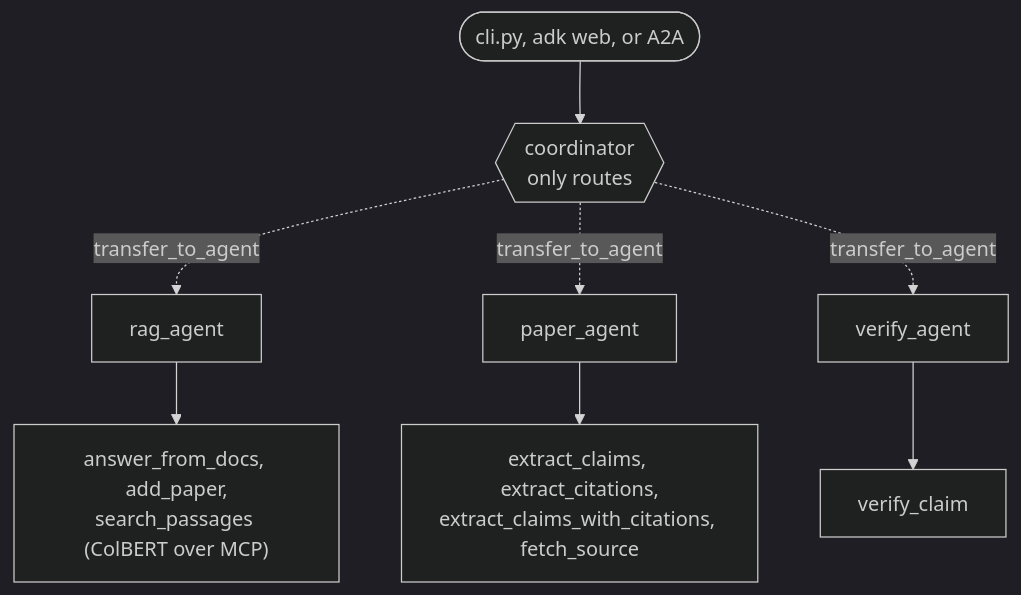
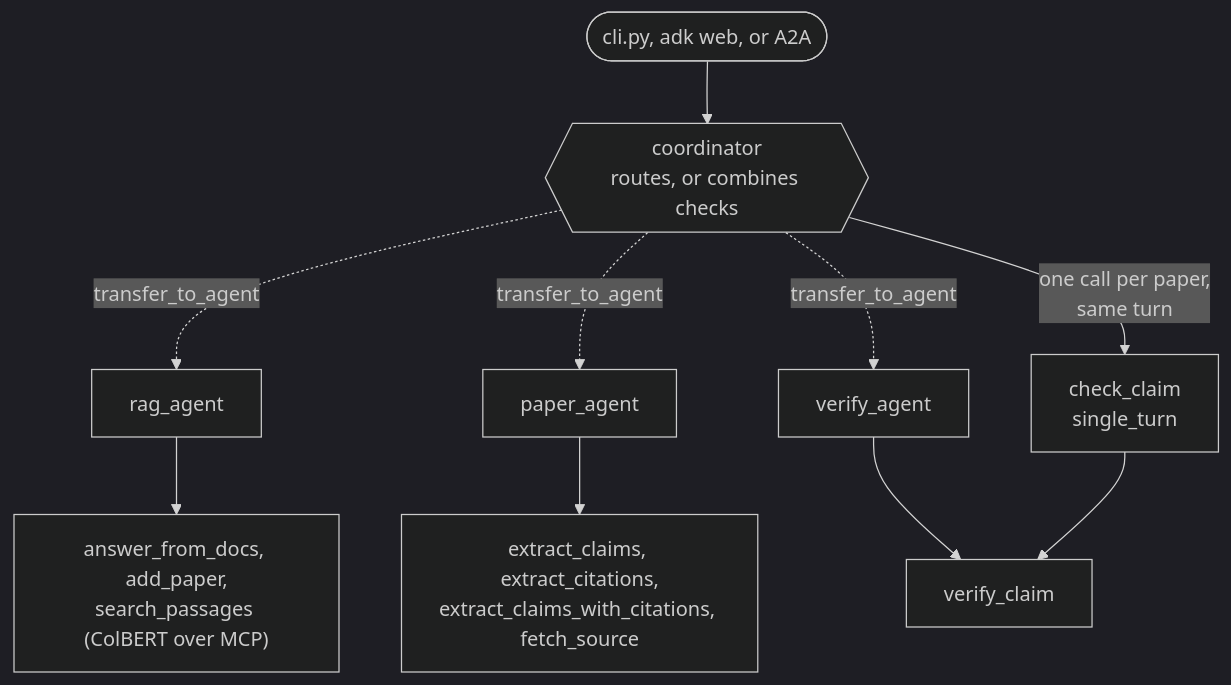
The third of 5 diagrams in ARCHITECTURE.md (ZenithGeeks/SecretSource-prototype), drawn with Mermaid (dark theme) before and after one commit. The commit also changed other lines of this file and 2 other files, not shown here.

First line of the commit message:
feat(SCRUM-171): let the coordinator check a claim against several papers at once

````diff
--- a/ARCHITECTURE.md
+++ b/ARCHITECTURE.md
@@ -201,10 +202,12 @@
 ```mermaid
 flowchart TD
-    U(["cli.py, adk web, or A2A"]) --> C{{"coordinator<br/>only routes"}}
+    U(["cli.py, adk web, or A2A"]) --> C{{"coordinator<br/>routes, or combines checks"}}
     C -.->|"transfer_to_agent"| RA["rag_agent"]
     C -.->|"transfer_to_agent"| PA["paper_agent"]
     C -.->|"transfer_to_agent"| VA["verify_agent"]
+    C -->|"one call per paper,<br/>same turn"| CC["check_claim<br/>single_turn"]
     RA --> RT["answer_from_docs, add_paper,<br/>search_passages (ColBERT over MCP)"]
     PA --> PT["extract_claims, extract_citations,<br/>extract_claims_with_citations, fetch_source"]
     VA --> VT["verify_claim"]
+    CC --> VT
 ```
````
